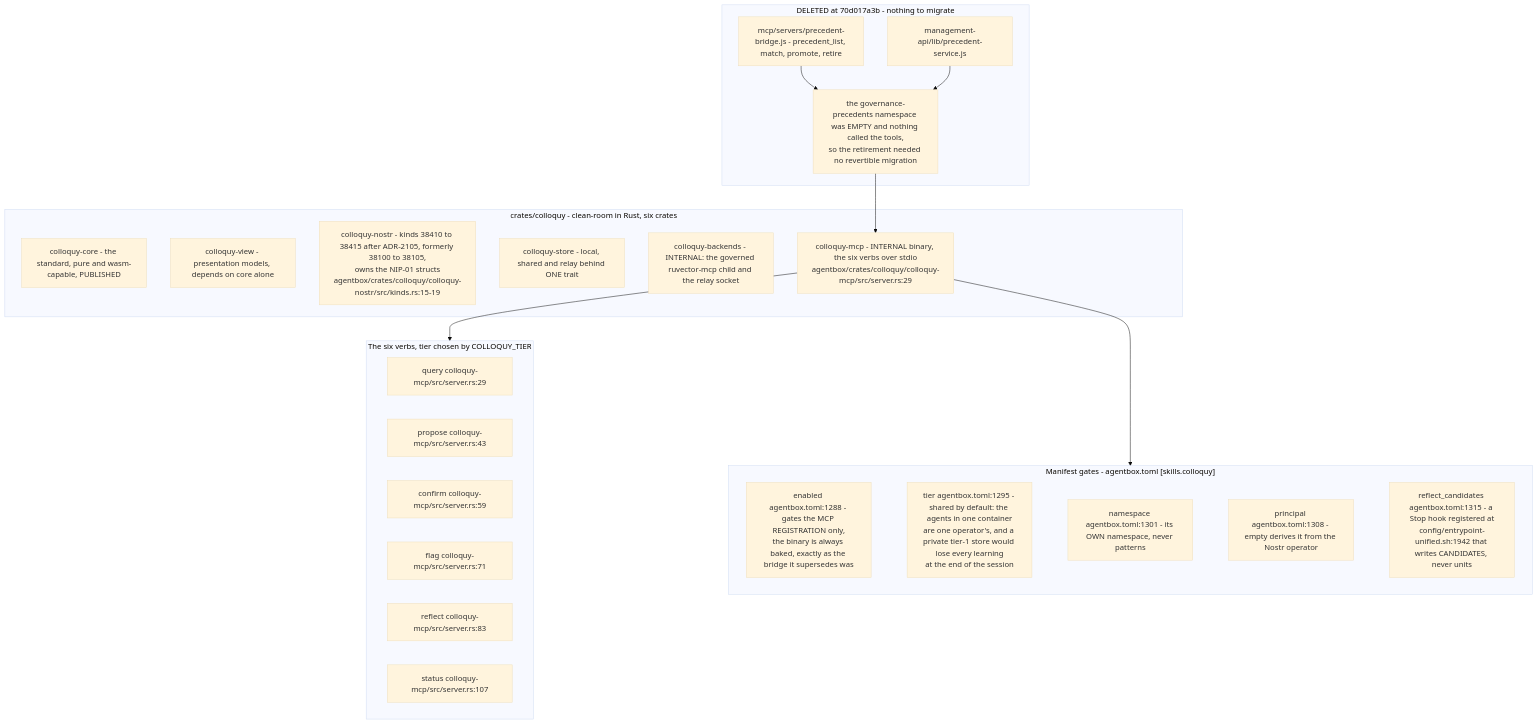
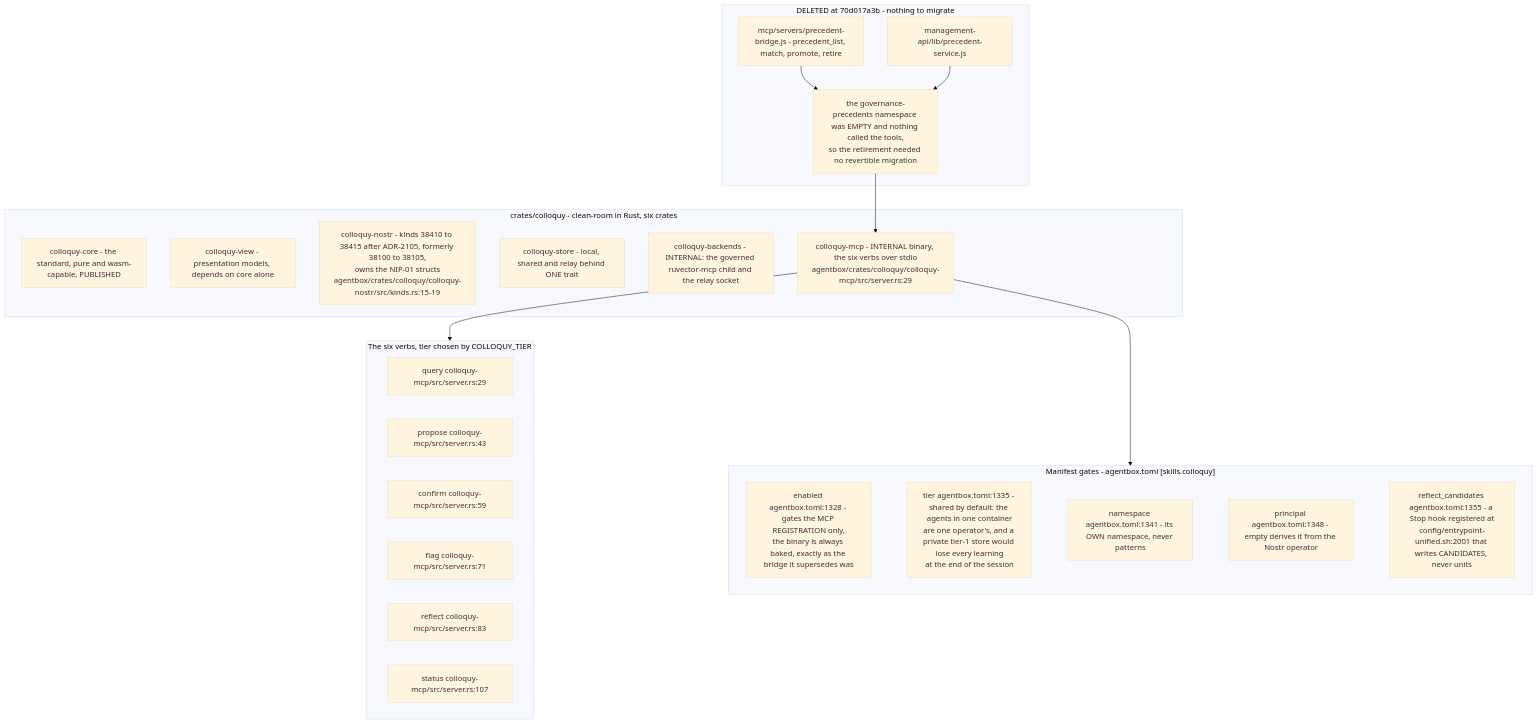
One commit to DreamLab-AI/VisionFlow changed the ninth of 10 diagrams in docs/diagrams/agentbox/28-agentbox-services-and-manifest-binary.md. Above: the diagram before and after it, drawn with Mermaid (base theme). The commit also changed other lines of this file and 145 other files, not shown here.

````diff
--- a/docs/diagrams/agentbox/28-agentbox-services-and-manifest-binary.md
+++ b/docs/diagrams/agentbox/28-agentbox-services-and-manifest-binary.md
@@ -413,37 +414,37 @@
 ```mermaid
 flowchart TB
     subgraph gone["DELETED at 70d017a3b - nothing to migrate"]
         G1["mcp/servers/precedent-bridge.js - precedent_list, match, promote, retire"]
         G2["management-api/lib/precedent-service.js"]
         G3["the governance-precedents namespace was EMPTY and nothing called the tools,<br/>so the retirement needed no revertible migration"]
         G1 --> G3
         G2 --> G3
     end
     subgraph crates["crates/colloquy - clean-room in Rust, six crates"]
         P1["colloquy-core - the standard, pure and wasm-capable, PUBLISHED"]
         P2["colloquy-view - presentation models, depends on core alone"]
         P3["colloquy-nostr - kinds 38410 to 38415 after ADR-2105, formerly 38100 to 38105,<br/>owns the NIP-01 structs<br/>agentbox/crates/colloquy/colloquy-nostr/src/kinds.rs:15-19"]
         P4["colloquy-store - local, shared and relay behind ONE trait"]
         P5["colloquy-backends - INTERNAL: the governed ruvector-mcp child and the relay socket"]
         P6["colloquy-mcp - INTERNAL binary, the six verbs over stdio<br/>agentbox/crates/colloquy/colloquy-mcp/src/server.rs:29"]
     end
     G3 --> P6
     subgraph verbs["The six verbs, tier chosen by COLLOQUY_TIER"]
         V1["query colloquy-mcp/src/server.rs:29"]
         V2["propose colloquy-mcp/src/server.rs:43"]
         V3["confirm colloquy-mcp/src/server.rs:59"]
         V4["flag colloquy-mcp/src/server.rs:71"]
         V5["reflect colloquy-mcp/src/server.rs:83"]
         V6["status colloquy-mcp/src/server.rs:107"]
     end
     P6 --> verbs
     subgraph gates["Manifest gates - agentbox.toml [skills.colloquy]"]
-        M1["enabled agentbox.toml:1288 - gates the MCP REGISTRATION only,<br/>the binary is always baked, exactly as the bridge it supersedes was"]
-        M2["tier agentbox.toml:1295 - shared by default: the agents in one container<br/>are one operator's, and a private tier-1 store would lose every learning<br/>at the end of the session"]
-        M3["namespace agentbox.toml:1301 - its OWN namespace, never patterns"]
-        M4["principal agentbox.toml:1308 - empty derives it from the Nostr operator"]
-        M5["reflect_candidates agentbox.toml:1315 - a Stop hook registered at<br/>config/entrypoint-unified.sh:1942 that writes CANDIDATES, never units"]
+        M1["enabled agentbox.toml:1328 - gates the MCP REGISTRATION only,<br/>the binary is always baked, exactly as the bridge it supersedes was"]
+        M2["tier agentbox.toml:1335 - shared by default: the agents in one container<br/>are one operator's, and a private tier-1 store would lose every learning<br/>at the end of the session"]
+        M3["namespace agentbox.toml:1341 - its OWN namespace, never patterns"]
+        M4["principal agentbox.toml:1348 - empty derives it from the Nostr operator"]
+        M5["reflect_candidates agentbox.toml:1355 - a Stop hook registered at<br/>config/entrypoint-unified.sh:2001 that writes CANDIDATES, never units"]
         M1 ~~~ M2 ~~~ M3 ~~~ M4 ~~~ M5
     end
     P6 --> gates
 ```
````
